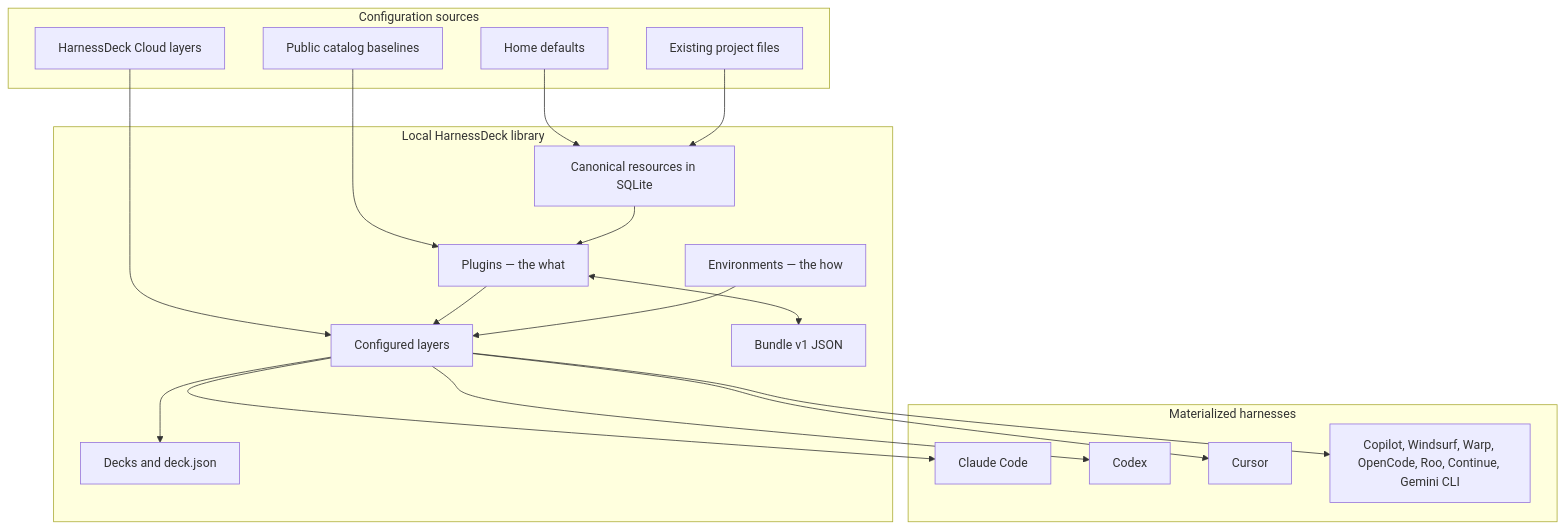
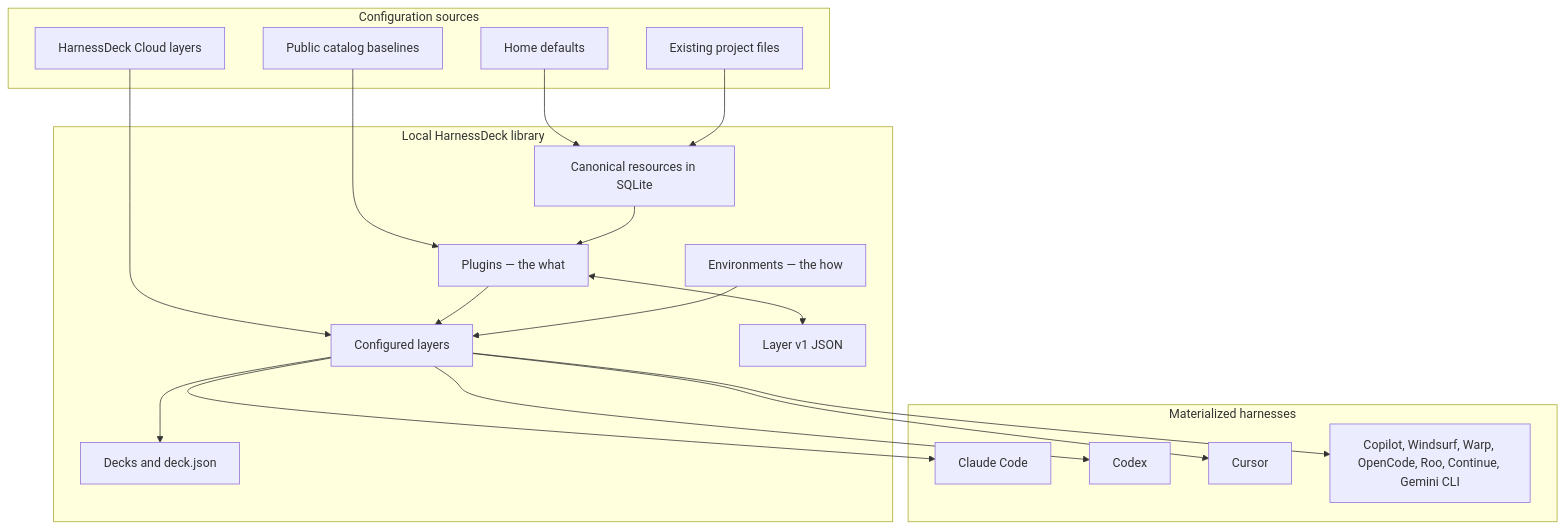
One commit to harnesstap/harnesstap changed the first of 3 diagrams in README.md. Above: the diagram before and after it, drawn with Mermaid. The commit also changed other lines of this file and 25 other files, not shown here.

First line of the commit message:
Rename layer transport schema from bundle:v1 to layer:v1.

````diff
--- a/README.md
+++ b/README.md
@@ -211,39 +211,39 @@
 ```mermaid
 flowchart TB
   subgraph Sources[Configuration sources]
     Home[Home defaults]
     Repo[Existing project files]
     Cloud[HarnessDeck Cloud layers]
     BuiltIn[Public catalog baselines]
   end
 
   subgraph Library[Local HarnessDeck library]
     Resources[Canonical resources in SQLite]
     Plugins[Plugins — the what]
     Envs[Environments — the how]
     Layers[Configured layers]
     Decks[Decks and deck.json]
-    Bundles[Bundle v1 JSON]
+    Bundles[Layer v1 JSON]
   end
 
   subgraph Targets[Materialized harnesses]
     Claude[Claude Code]
     Codex[Codex]
     Cursor[Cursor]
     Generic[Copilot, Windsurf, Warp, OpenCode, Roo, Continue, Gemini CLI]
   end
 
   Home --> Resources
   Repo --> Resources
   Cloud --> Layers
   BuiltIn --> Plugins
   Resources --> Plugins
   Plugins --> Layers
   Envs --> Layers
   Layers --> Decks
   Plugins <--> Bundles
   Layers --> Claude
   Layers --> Codex
   Layers --> Cursor
   Layers --> Generic
 ```
````
